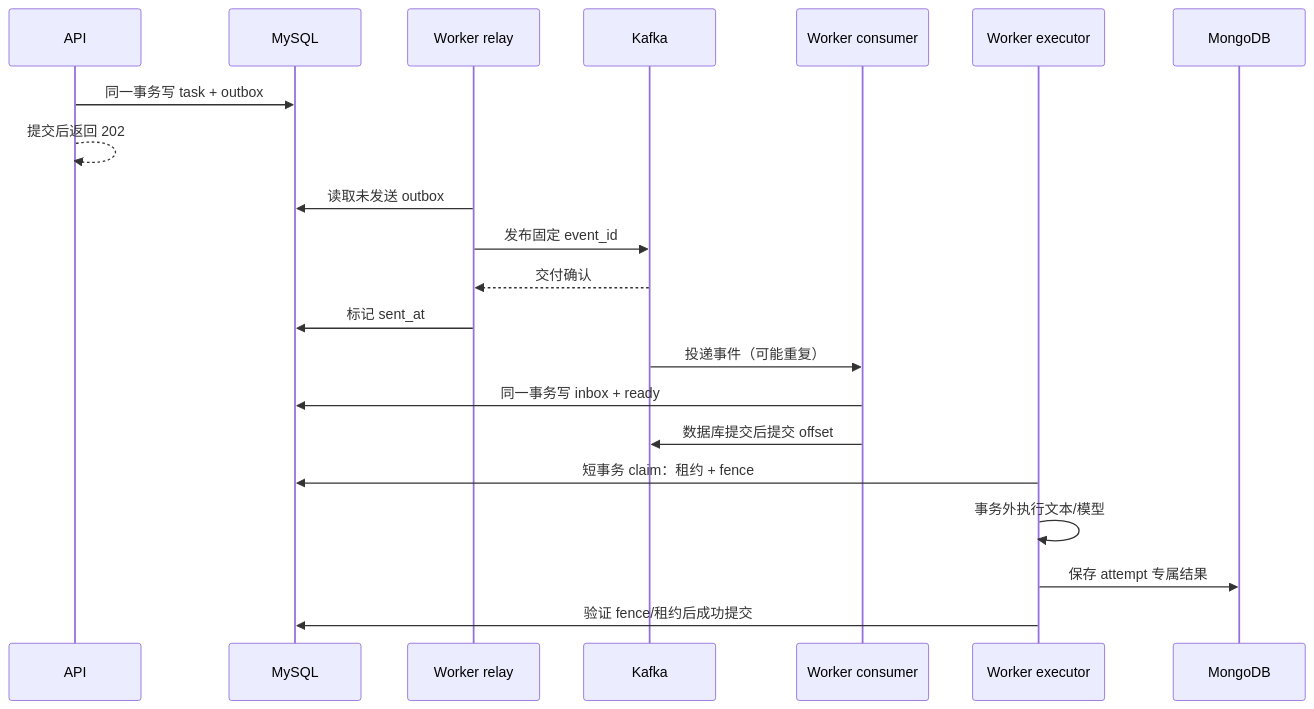
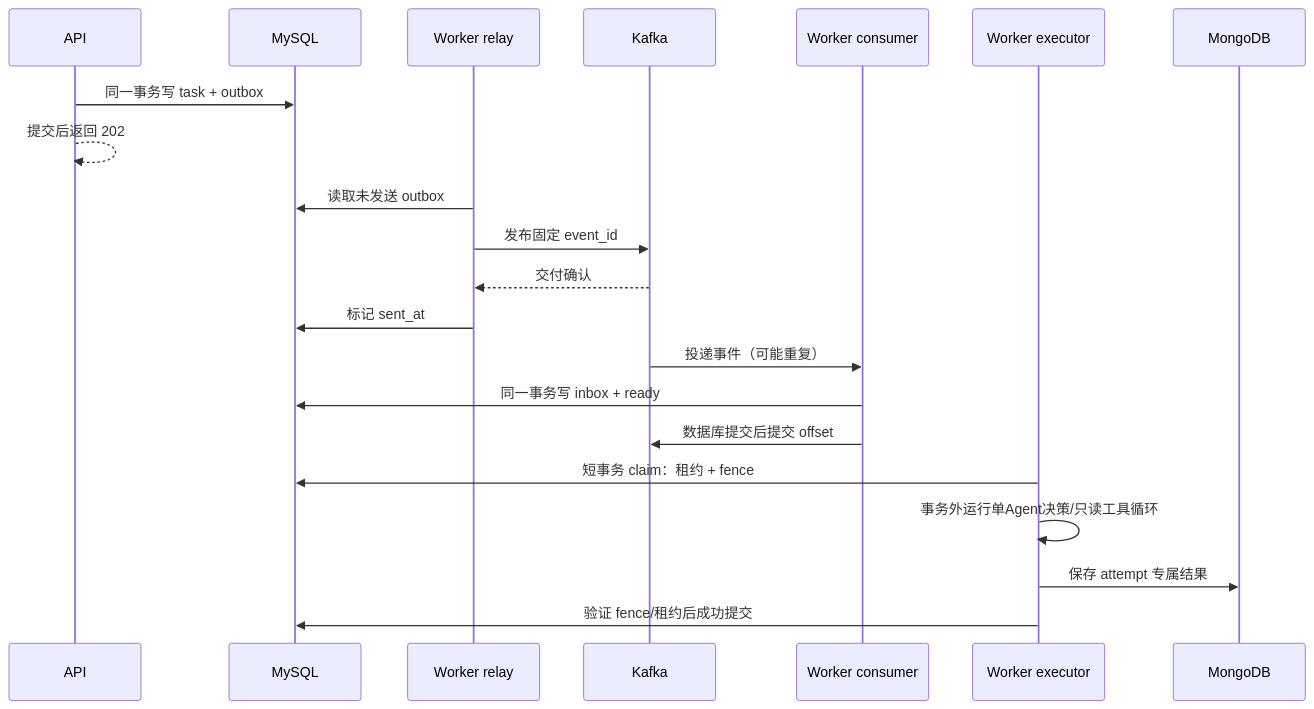
The second of 2 diagrams in docs/ARCHITECTURE.md (kismetcccc/agent-stack-lab), drawn with Mermaid before and after one commit. The commit also changed other lines of this file and 10 other files, not shown here.

````diff
--- a/docs/ARCHITECTURE.md
+++ b/docs/ARCHITECTURE.md
@@ -46,23 +46,23 @@
 ```mermaid
 sequenceDiagram
     participant A as API
     participant S as MySQL
     participant R as Worker relay
     participant K as Kafka
     participant C as Worker consumer
     participant E as Worker executor
     participant M as MongoDB
     A->>S: 同一事务写 task + outbox
     A-->>A: 提交后返回 202
     R->>S: 读取未发送 outbox
     R->>K: 发布固定 event_id
     K-->>R: 交付确认
     R->>S: 标记 sent_at
     K->>C: 投递事件（可能重复）
     C->>S: 同一事务写 inbox + ready
     C->>K: 数据库提交后提交 offset
     E->>S: 短事务 claim：租约 + fence
-    E->>E: 事务外执行文本/模型
+    E->>E: 事务外运行单Agent决策/只读工具循环
     E->>M: 保存 attempt 专属结果
     E->>S: 验证 fence/租约后成功提交
 ```
````
